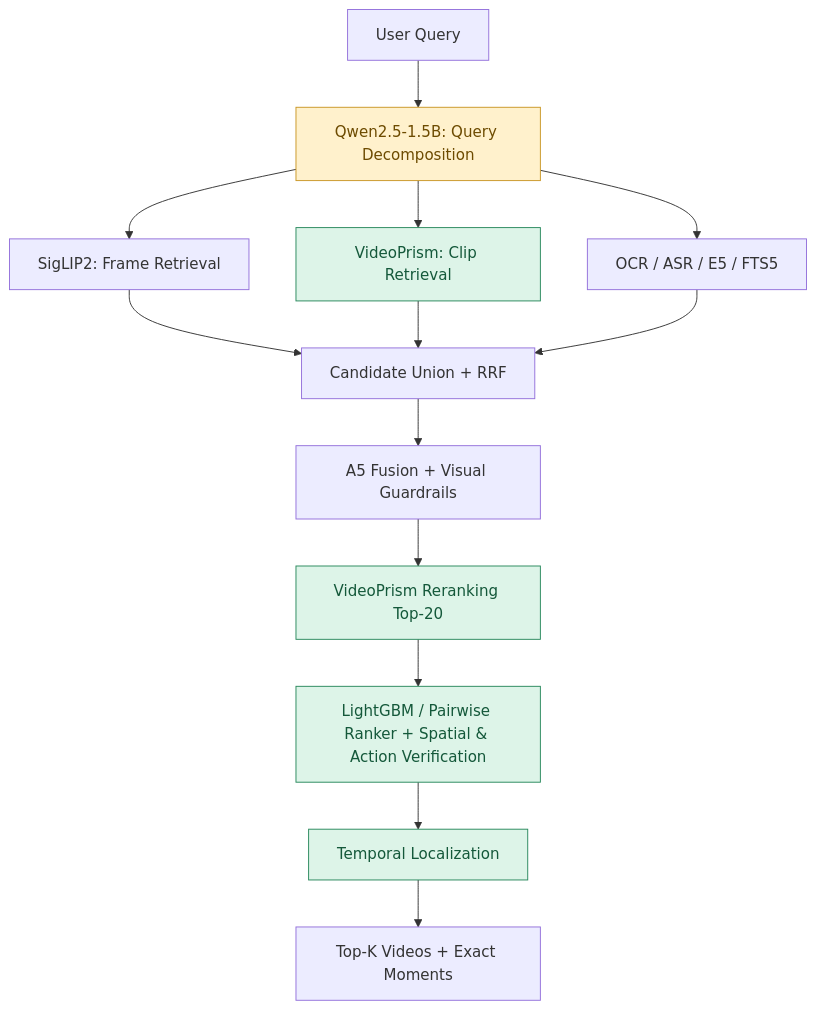
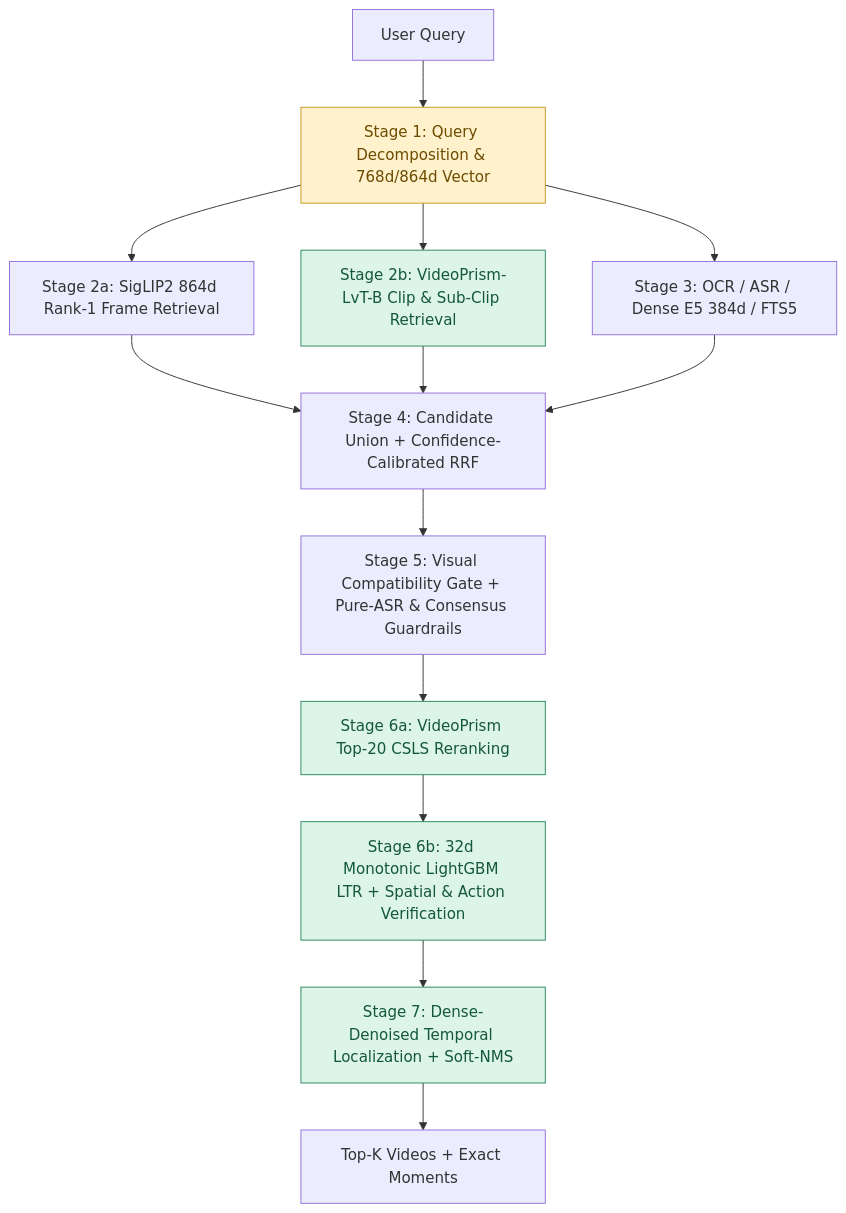
Before and after one commit to LongLeVuHuy/VIDENTRA: the diagram in README.md, drawn with Mermaid. The commit also changed other lines of this file and 18 other files, not shown here.

````diff
--- a/README.md
+++ b/README.md
@@ -41,19 +91,19 @@
 ```mermaid
 flowchart TD
-    A["User Query"] --> B["Qwen2.5-1.5B: Query Decomposition"]
-    B --> C["SigLIP2: Frame Retrieval"]
-    B --> D["VideoPrism: Clip Retrieval"]
-    B --> E["OCR / ASR / E5 / FTS5"]
-    C --> F["Candidate Union + RRF"]
+    A["User Query"] --> B["Stage 1: Query Decomposition & 768d/864d Vector"]
+    B --> C["Stage 2a: SigLIP2 864d Rank-1 Frame Retrieval"]
+    B --> D["Stage 2b: VideoPrism-LvT-B Clip & Sub-Clip Retrieval"]
+    B --> E["Stage 3: OCR / ASR / Dense E5 384d / FTS5"]
+    C --> F["Stage 4: Candidate Union + Confidence-Calibrated RRF"]
     D --> F
     E --> F
-    F --> G["A5 Fusion + Visual Guardrails"]
-    G --> H["VideoPrism Reranking Top-20"]
-    H --> I["LightGBM / Pairwise Ranker + Spatial & Action Verification"]
-    I --> J["Temporal Localization"]
+    F --> G["Stage 5: Visual Compatibility Gate + Pure-ASR & Consensus Guardrails"]
+    G --> H["Stage 6a: VideoPrism Top-20 CSLS Reranking"]
+    H --> I["Stage 6b: 32d Monotonic LightGBM LTR + Spatial & Action Verification"]
+    I --> J["Stage 7: Dense-Denoised Temporal Localization + Soft-NMS"]
     J --> K["Top-K Videos + Exact Moments"]
-    classDef llm fill:#fff1cc,stroke:#c99625,color:#6d4b00
-    classDef improved fill:#ddf4e8,stroke:#28885c,color:#14583a
-    class B llm
-    class D,H,I,J improved
+    classDef optllm fill:#fff1cc,stroke:#c99625,color:#6d4b00
+    classDef core fill:#ddf4e8,stroke:#28885c,color:#14583a
+    class B optllm
+    class D,H,I,J core
 ```
````
